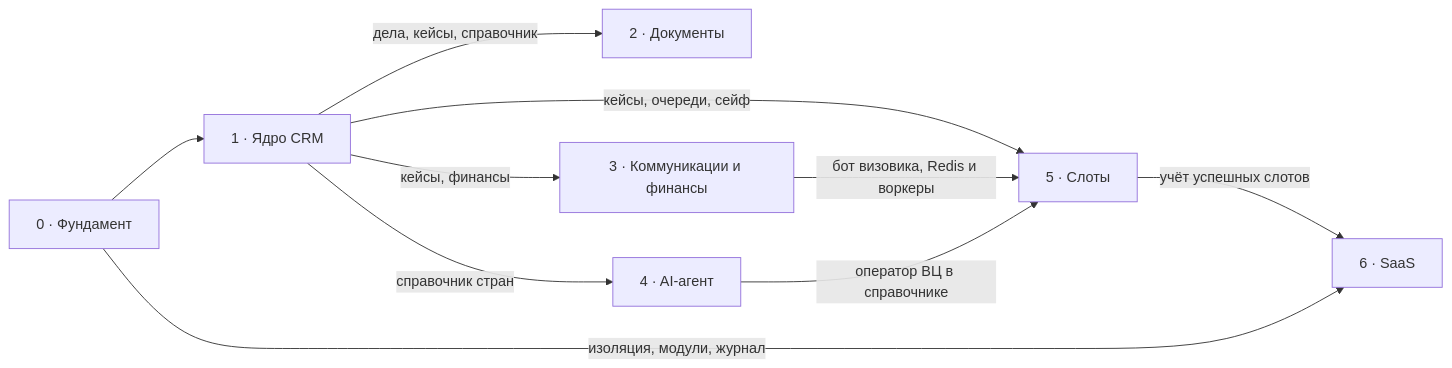
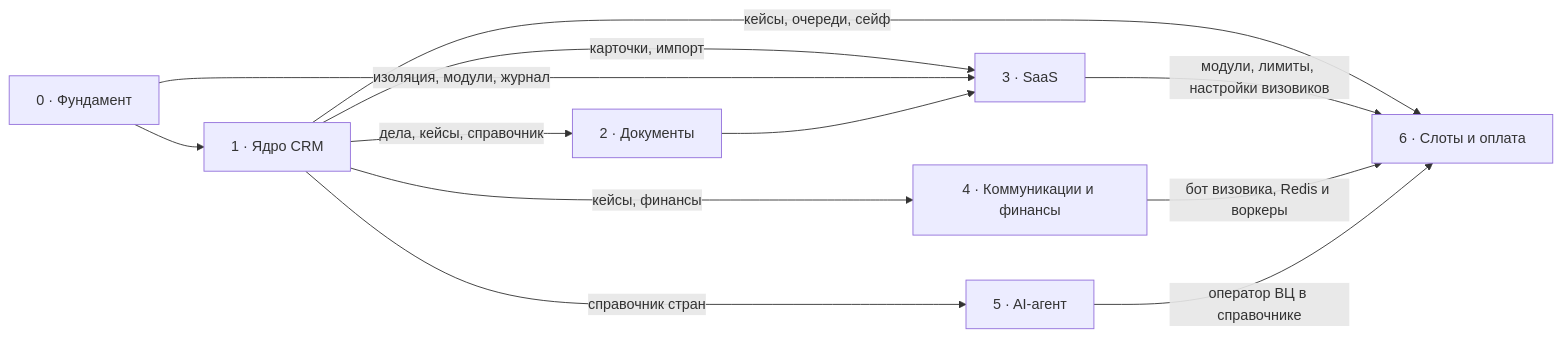
Before and after one commit to SvamiBog/visa_crm: the second of 2 diagrams in docs/roadmap.md, drawn with Mermaid. The commit also changed other lines of this file and 5 other files, not shown here.

First line of the commit message:
Move SaaS opening to stage 3 in the roadmap and PRD

````diff
--- a/docs/roadmap.md
+++ b/docs/roadmap.md
@@ -53,12 +56,14 @@
 ```mermaid
 flowchart LR
   E0["0 · Фундамент"] --> E1["1 · Ядро CRM"]
   E1 -->|"дела, кейсы, справочник"| E2["2 · Документы"]
-  E1 -->|"кейсы, финансы"| E3["3 · Коммуникации и финансы"]
-  E1 -->|"справочник стран"| E4["4 · AI-агент"]
-  E1 -->|"кейсы, очереди, сейф"| E5["5 · Слоты"]
-  E3 -->|"бот визовика, Redis и воркеры"| E5
-  E4 -->|"оператор ВЦ в справочнике"| E5
-  E5 -->|"учёт успешных слотов"| E6["6 · SaaS"]
-  E0 -->|"изоляция, модули, журнал"| E6
+  E1 -->|"карточки, импорт"| E3["3 · SaaS"]
+  E0 -->|"изоляция, модули, журнал"| E3
+  E2 --> E3
+  E1 -->|"кейсы, финансы"| E4["4 · Коммуникации и финансы"]
+  E1 -->|"справочник стран"| E5["5 · AI-агент"]
+  E1 -->|"кейсы, очереди, сейф"| E6["6 · Слоты и оплата"]
+  E3 -->|"модули, лимиты, настройки визовиков"| E6
+  E4 -->|"бот визовика, Redis и воркеры"| E6
+  E5 -->|"оператор ВЦ в справочнике"| E6
 ```
````
